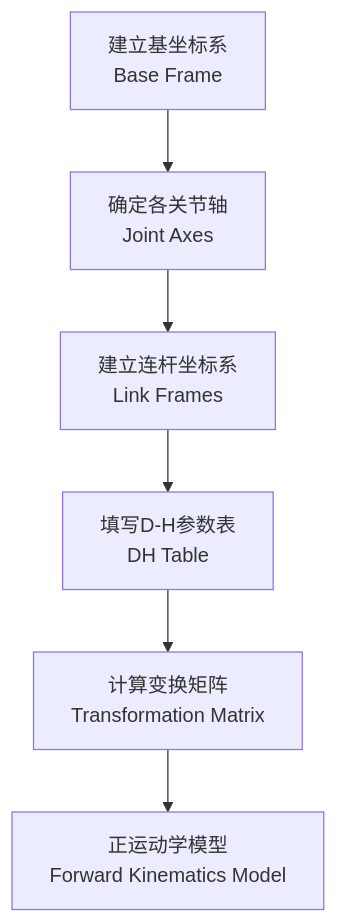
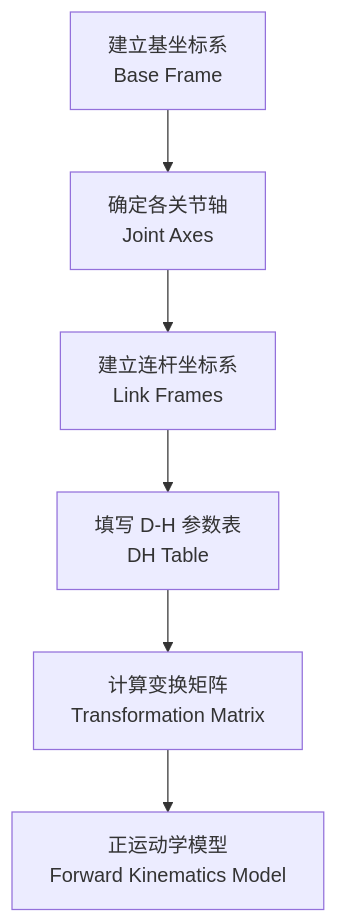
Before and after one commit to Tianshang301/TianshangKnowledgeBase: the second of 2 diagrams in 04_EngineeringAndTechnology/ControlAndSystemsEngineering/Robotics/RobotKinematics.md, drawn with Mermaid. The commit also changed other lines of this file and 2257 other files, not shown here.

````diff
--- a/04_EngineeringAndTechnology/ControlAndSystemsEngineering/Robotics/RobotKinematics.md
+++ b/04_EngineeringAndTechnology/ControlAndSystemsEngineering/Robotics/RobotKinematics.md
@@ -80,8 +82,8 @@
 ```mermaid
 flowchart TD
     S1[建立基坐标系<br/>Base Frame] --> S2[确定各关节轴<br/>Joint Axes]
     S2 --> S3[建立连杆坐标系<br/>Link Frames]
-    S3 --> S4[填写D-H参数表<br/>DH Table]
+    S3 --> S4[填写 D-H 参数表<br/>DH Table]
     S4 --> S5[计算变换矩阵<br/>Transformation Matrix]
     S5 --> S6[正运动学模型<br/>Forward Kinematics Model]
 ```
````
